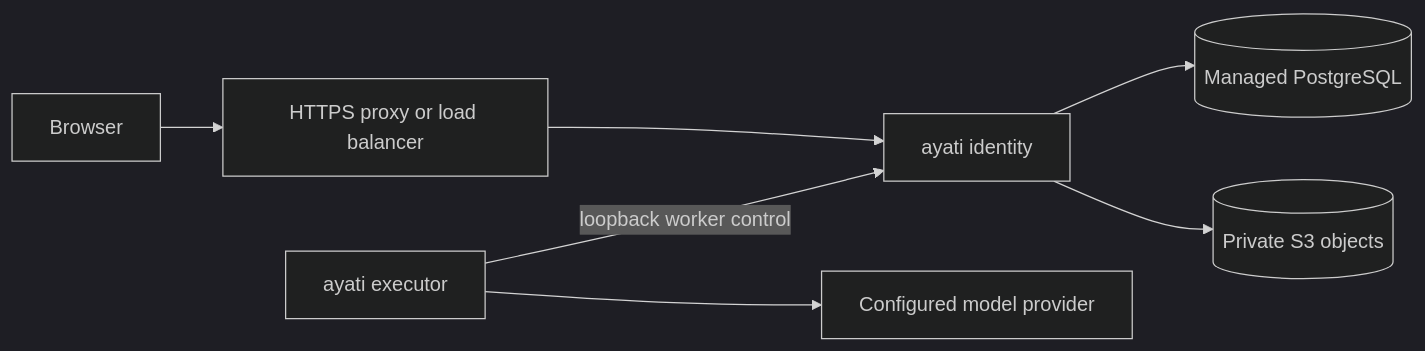
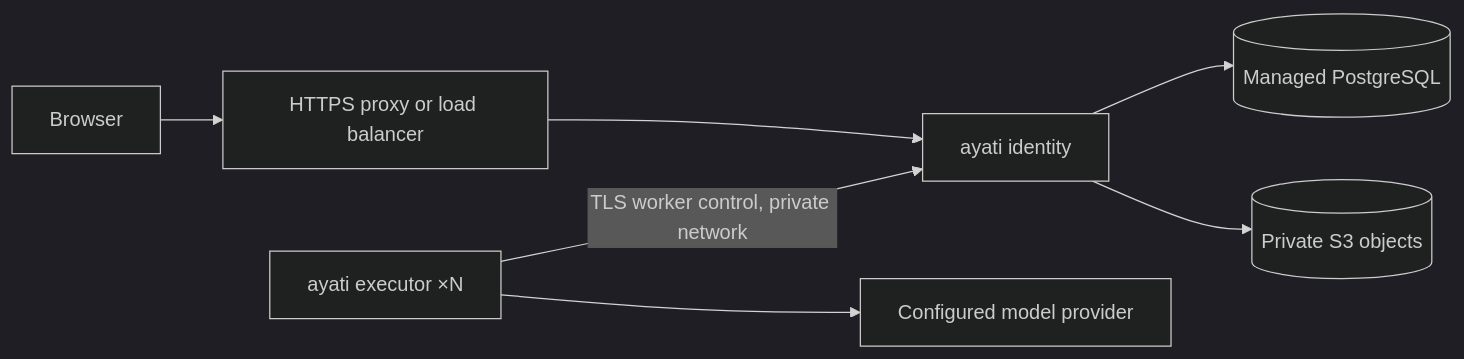
One commit to Saieshwar5/ayati-v1 changed the diagram in runtime/hosted-deployment.md. Above: the diagram before and after it, drawn with Mermaid (dark theme). The commit also changed other lines of this file and 27 other files, not shown here.

````diff
--- a/runtime/hosted-deployment.md
+++ b/runtime/hosted-deployment.md
@@ -18,9 +18,9 @@
 ```mermaid
 flowchart LR
   Browser --> TLS[HTTPS proxy or load balancer]
   TLS --> API[ayati identity]
   API --> PG[(Managed PostgreSQL)]
-  Executor[ayati executor] -->|loopback worker control| API
+  Executor[ayati executor ×N] -->|TLS worker control, private network| API
   Executor --> Model[Configured model provider]
   API --> Objects[(Private S3 objects)]
 ```
````
